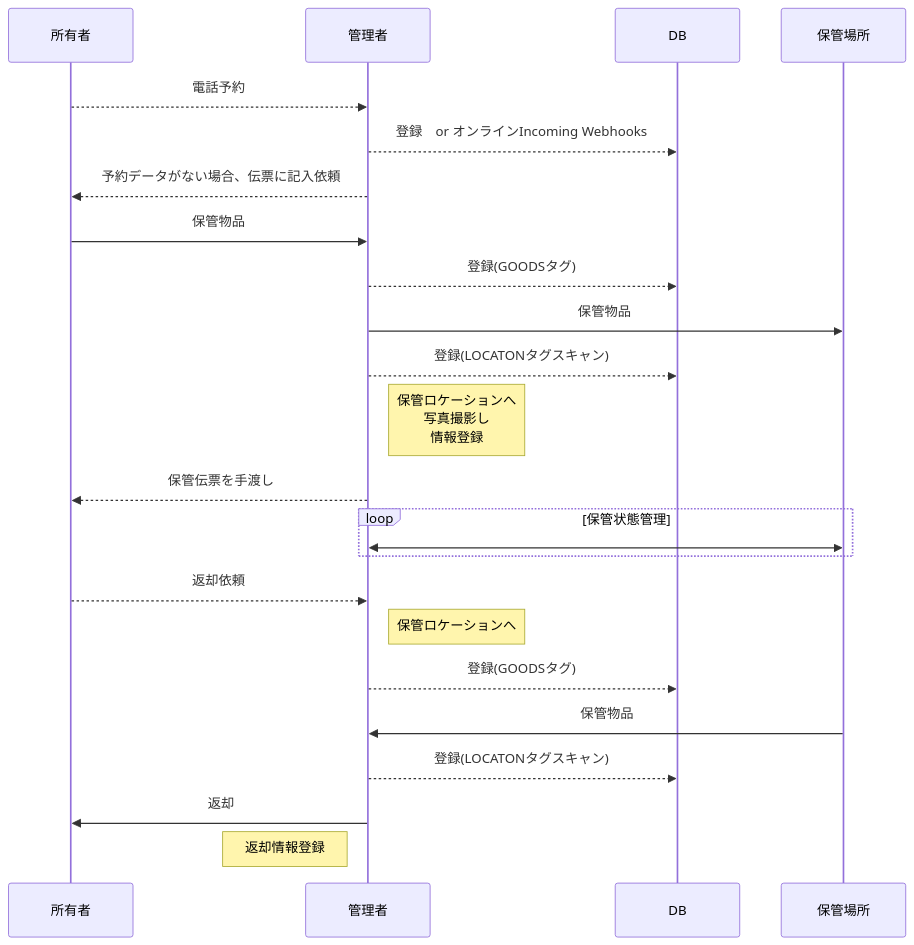
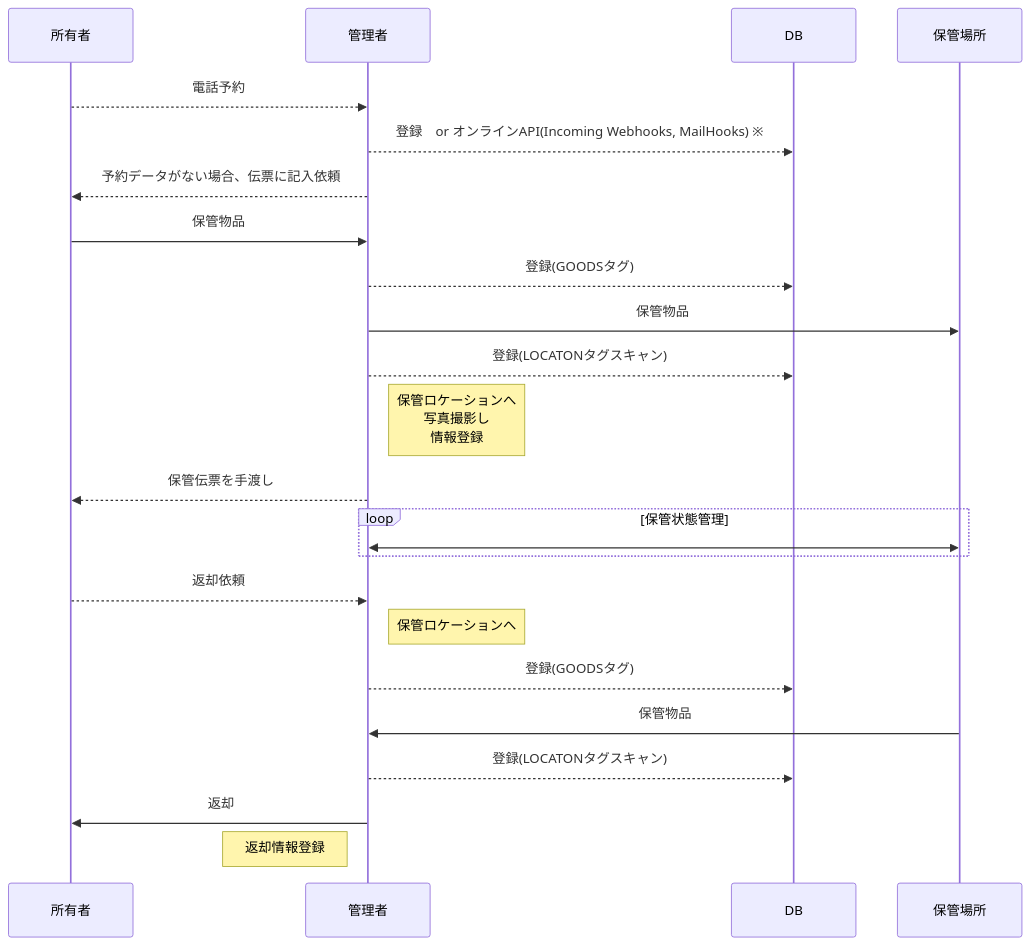
Before and after one commit to piot-jp-Team/goods_storage: the first of 2 diagrams in README.md, drawn with Mermaid. The commit also changed other lines of this file, not shown here.

````diff
--- a/README.md
+++ b/README.md
@@ -12,25 +12,25 @@
 ```mermaid
 sequenceDiagram
     participant 所有者
     participant 管理者
     participant DB
     所有者-->>管理者: 電話予約
-    管理者-->>DB: 登録　or オンラインIncoming Webhooks
+    管理者-->>DB: 登録　or オンラインAPI(Incoming Webhooks, MailHooks) ※
     管理者-->>所有者: 予約データがない場合、伝票に記入依頼
     所有者->>管理者: 保管物品
     管理者-->>DB: 登録(GOODSタグ)
     管理者->>保管場所: 保管物品
     管理者-->>DB: 登録(LOCATONタグスキャン)
     Note right of 管理者: 保管ロケーションへ <br/>写真撮影し <br/>情報登録
     管理者-->>所有者: 保管伝票を手渡し
     loop 保管状態管理
         管理者<<->>保管場所: 
     end
     所有者-->>管理者: 返却依頼
     Note right of 管理者: 保管ロケーションへ
     管理者-->>DB: 登録(GOODSタグ)
     保管場所->>管理者: 保管物品
     管理者-->>DB: 登録(LOCATONタグスキャン)
     管理者->>所有者: 返却
     Note left of 管理者: 返却情報登録
 ```
````
